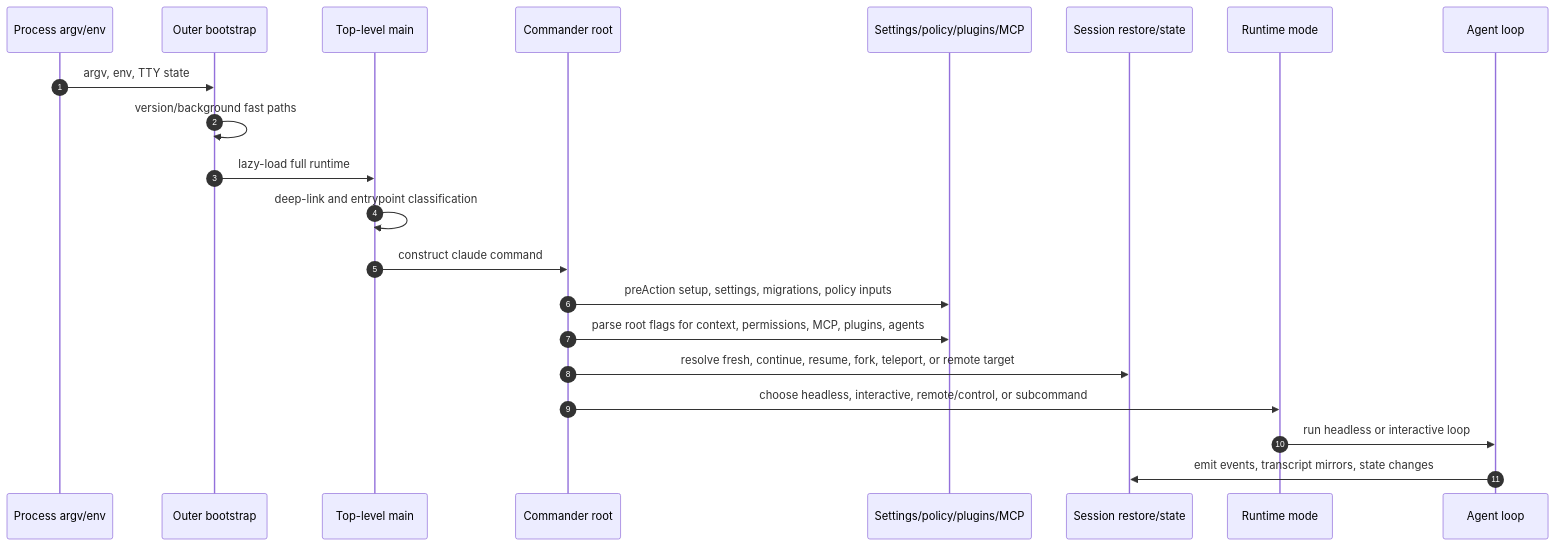
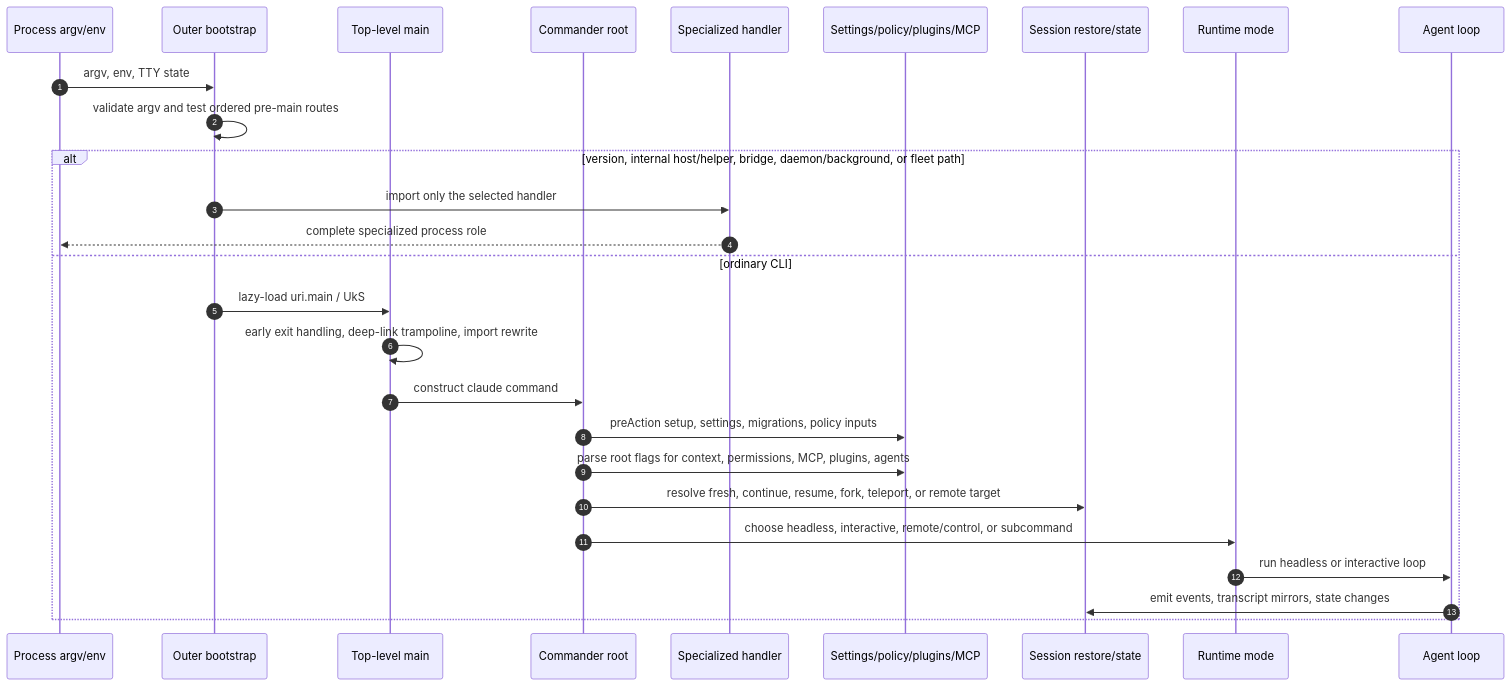
One commit to vibewatch/claude-code-internals changed the second of 3 diagrams in docs/00-start-here/system-architecture.md. Above: the diagram before and after it, drawn with Mermaid. The commit also changed other lines of this file and 46 other files, not shown here.

````diff
--- a/docs/00-start-here/system-architecture.md
+++ b/docs/00-start-here/system-architecture.md
@@ -111,24 +116,30 @@
 ```mermaid
 sequenceDiagram
     autonumber
     participant Process as Process argv/env
     participant Boot as Outer bootstrap
     participant Main as Top-level main
     participant Root as Commander root
+    participant Special as Specialized handler
     participant Config as Settings/policy/plugins/MCP
     participant Session as Session restore/state
     participant Mode as Runtime mode
     participant AgentLoop as Agent loop
 
     Process->>Boot: argv, env, TTY state
-    Boot->>Boot: version/background fast paths
-    Boot->>Main: lazy-load full runtime
-    Main->>Main: deep-link and entrypoint classification
-    Main->>Root: construct claude command
-    Root->>Config: preAction setup, settings, migrations, policy inputs
-    Root->>Config: parse root flags for context, permissions, MCP, plugins, agents
-    Root->>Session: resolve fresh, continue, resume, fork, teleport, or remote target
-    Root->>Mode: choose headless, interactive, remote/control, or subcommand
-    Mode->>AgentLoop: run headless or interactive loop
-    AgentLoop->>Session: emit events, transcript mirrors, state changes
+    Boot->>Boot: validate argv and test ordered pre-main routes
+    alt version, internal host/helper, bridge, daemon/background, or fleet path
+        Boot->>Special: import only the selected handler
+        Special-->>Process: complete specialized process role
+    else ordinary CLI
+        Boot->>Main: lazy-load uri.main / UkS
+        Main->>Main: early exit handling, deep-link trampoline, import rewrite
+        Main->>Root: construct claude command
+        Root->>Config: preAction setup, settings, migrations, policy inputs
+        Root->>Config: parse root flags for context, permissions, MCP, plugins, agents
+        Root->>Session: resolve fresh, continue, resume, fork, teleport, or remote target
+        Root->>Mode: choose headless, interactive, remote/control, or subcommand
+        Mode->>AgentLoop: run headless or interactive loop
+        AgentLoop->>Session: emit events, transcript mirrors, state changes
+    end
 ```
````
